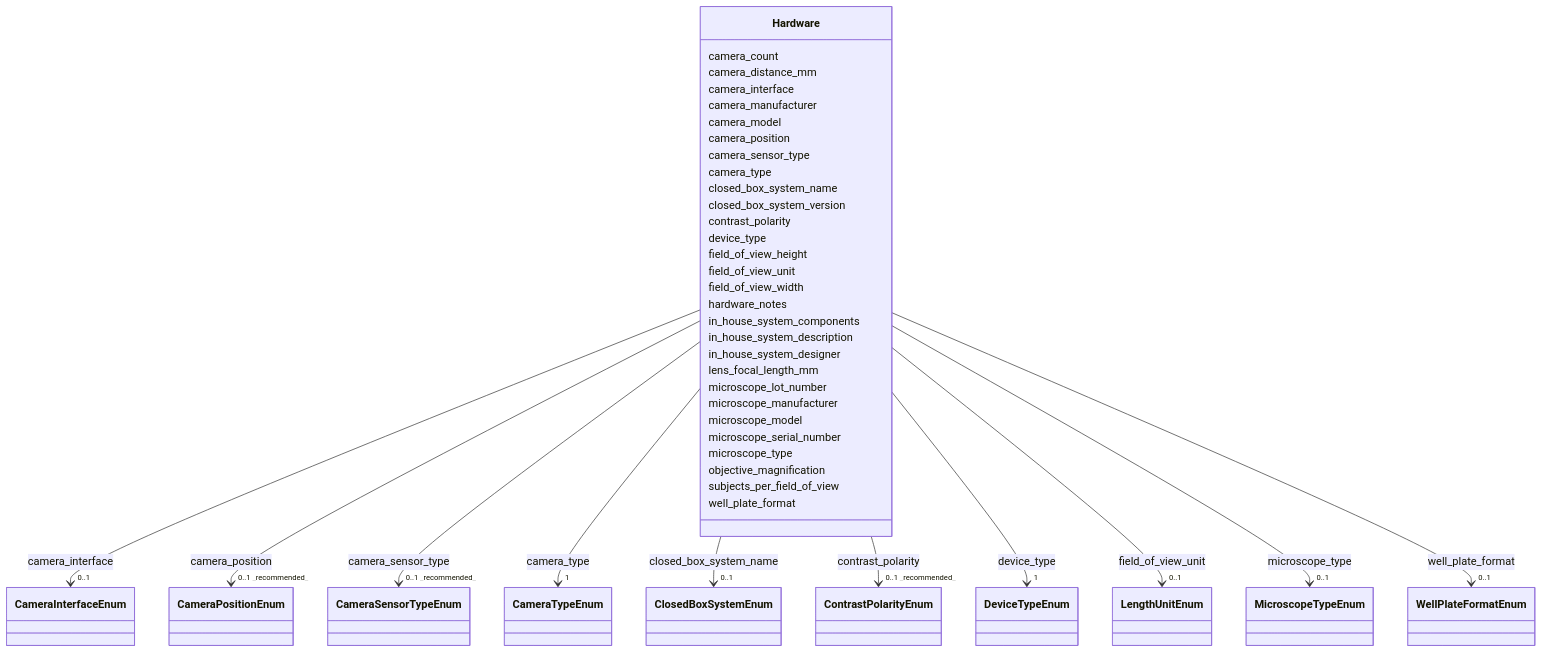
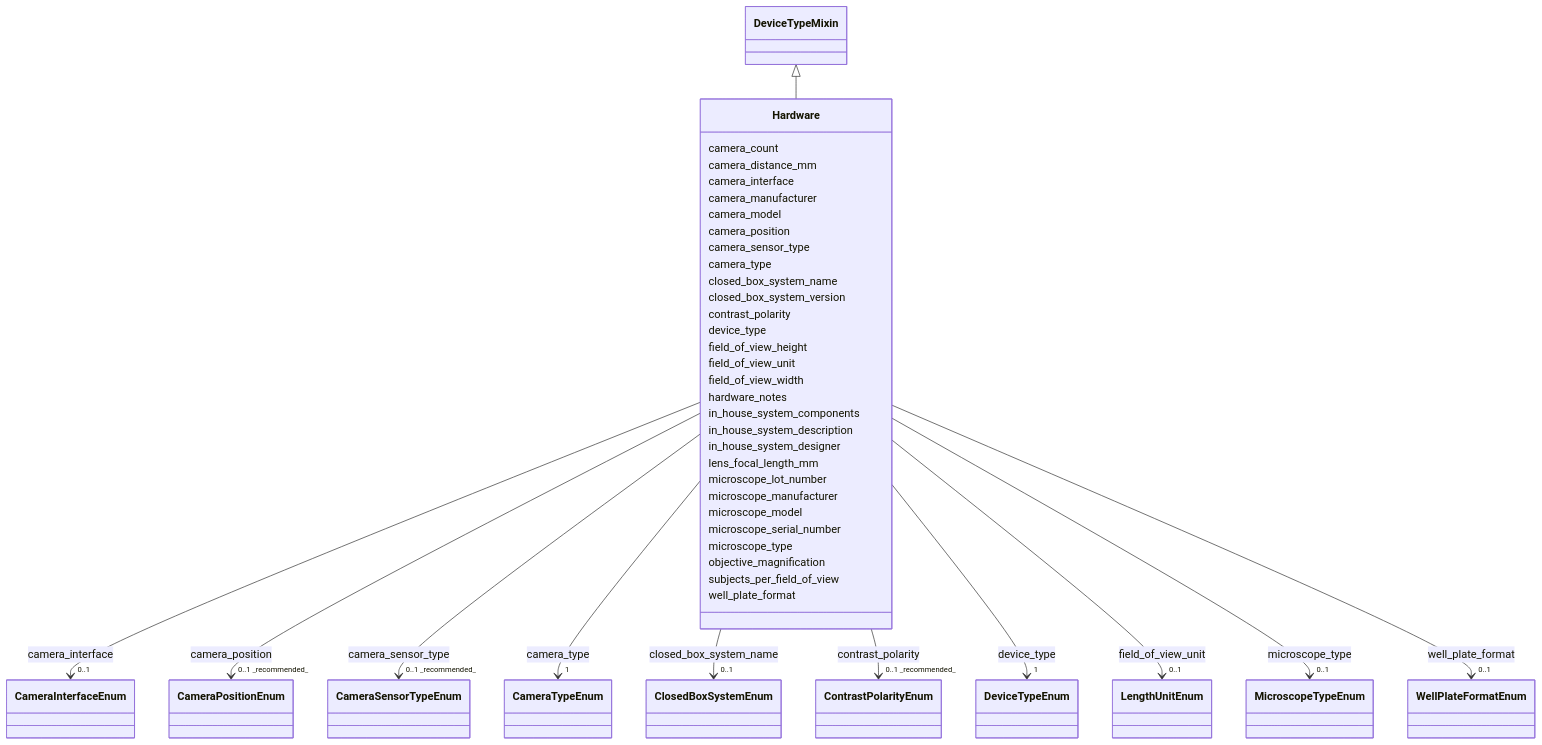
The diagram in docs/Hardware.md (Helmholtz-UFZ/BeStMeta), drawn with Mermaid before and after one commit. The commit also changed other lines of this file and 18 other files, not shown here.

```diff
--- a/docs/Hardware.md
+++ b/docs/Hardware.md
@@ -24,6 +24,9 @@
  classDiagram
     class Hardware
     click Hardware href "../Hardware/"
+      DeviceTypeMixin <|-- Hardware
+        click DeviceTypeMixin href "../DeviceTypeMixin/"
+      
       Hardware : camera_count
         
       Hardware : camera_distance_mm
```
